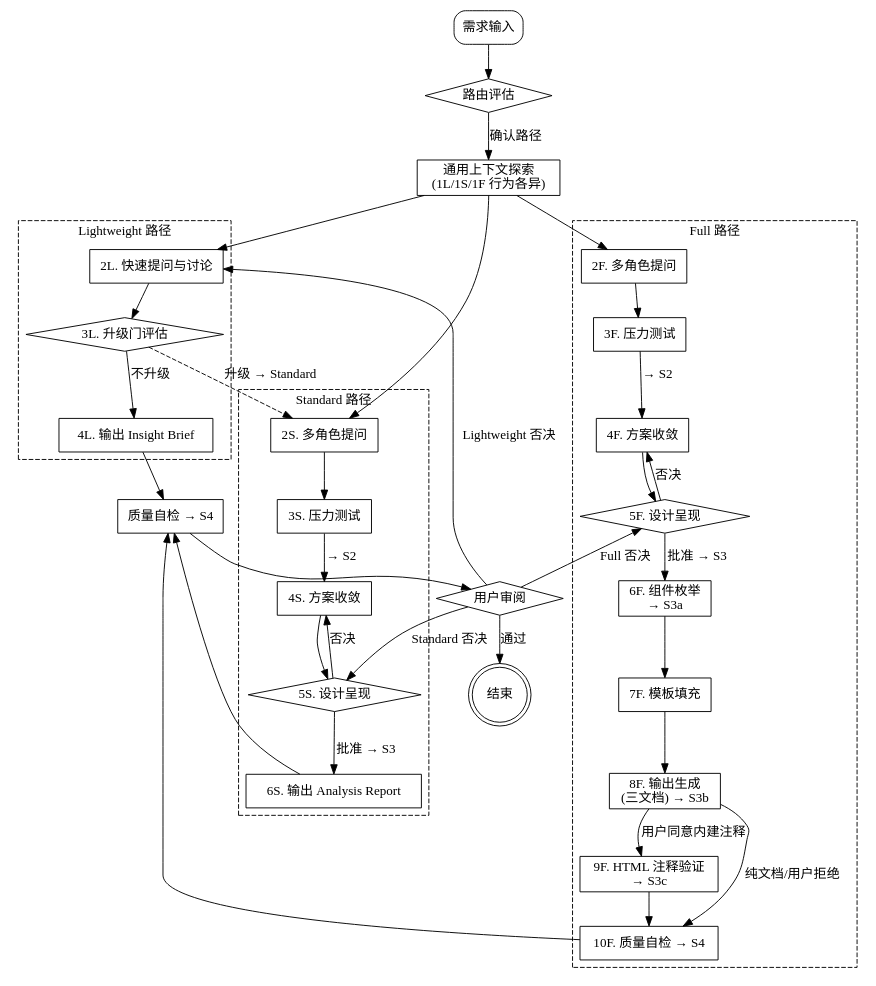
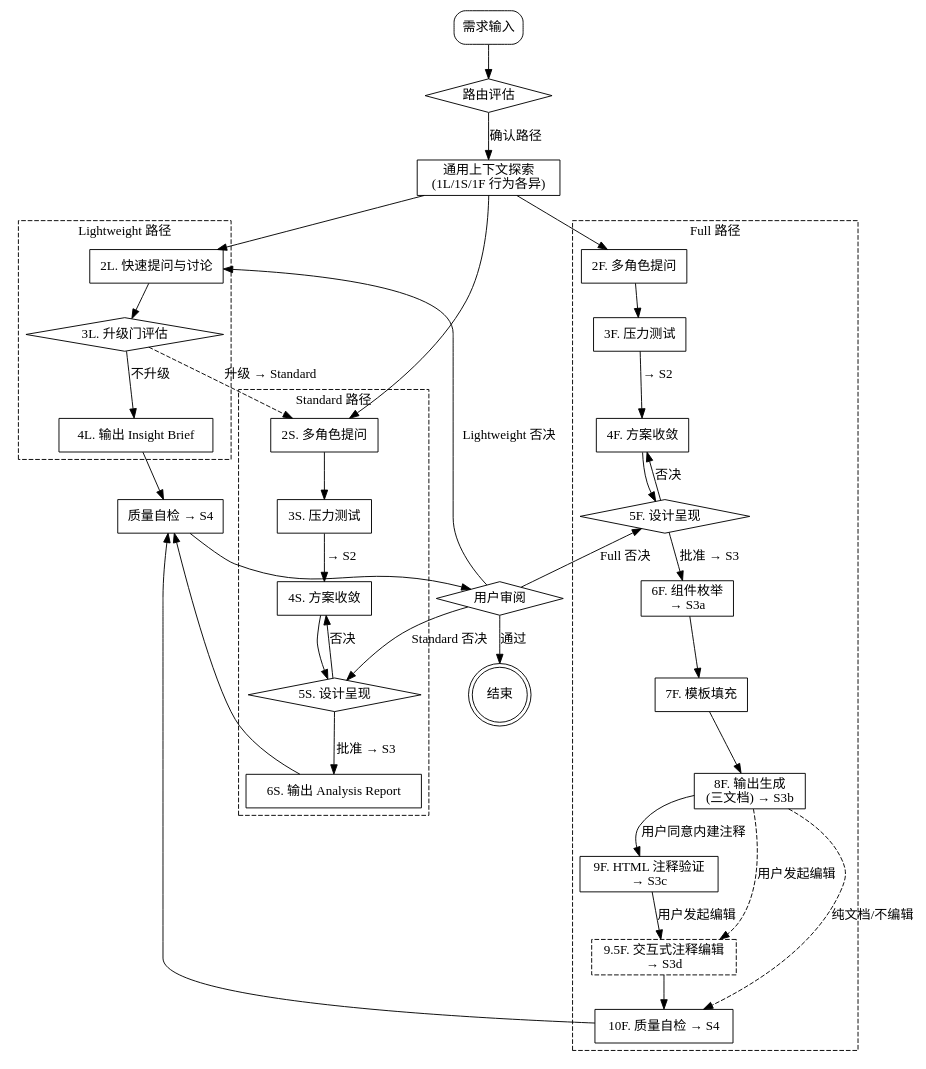
Before and after one commit to SWUNwy/spec-analyze: the diagram in SKILL.md, drawn with Graphviz. The commit also changed other lines of this file and 2 other files, not shown here.

```diff
--- a/SKILL.md
+++ b/SKILL.md
@@ -322,6 +560,7 @@
         "7F. 模板填充" [shape=box];
         "8F. 输出生成\n(三文档) → S3b" [shape=box];
         "9F. HTML 注释验证\n→ S3c" [shape=box];
+        "9.5F. 交互式注释编辑\n→ S3d" [shape=box style=dashed];
         "10F. 质量自检 → S4" [shape=box];
     }
 
@@ -355,8 +594,10 @@
     "6F. 组件枚举\n→ S3a" -> "7F. 模板填充";
     "7F. 模板填充" -> "8F. 输出生成\n(三文档) → S3b";
     "8F. 输出生成\n(三文档) → S3b" -> "9F. HTML 注释验证\n→ S3c" [label="用户同意内建注释"];
-    "8F. 输出生成\n(三文档) → S3b" -> "10F. 质量自检 → S4" [label="纯文档/用户拒绝"];
-    "9F. HTML 注释验证\n→ S3c" -> "10F. 质量自检 → S4";
+    "8F. 输出生成\n(三文档) → S3b" -> "9.5F. 交互式注释编辑\n→ S3d" [label="用户发起编辑" style=dashed];
+    "8F. 输出生成\n(三文档) → S3b" -> "10F. 质量自检 → S4" [label="纯文档/不编辑" style=dashed];
+    "9F. HTML 注释验证\n→ S3c" -> "9.5F. 交互式注释编辑\n→ S3d" [label="用户发起编辑"];
+    "9.5F. 交互式注释编辑\n→ S3d" -> "10F. 质量自检 → S4";
     "10F. 质量自检 → S4" -> "质量自检 → S4";
 
     "质量自检 → S4" -> "用户审阅";
```
